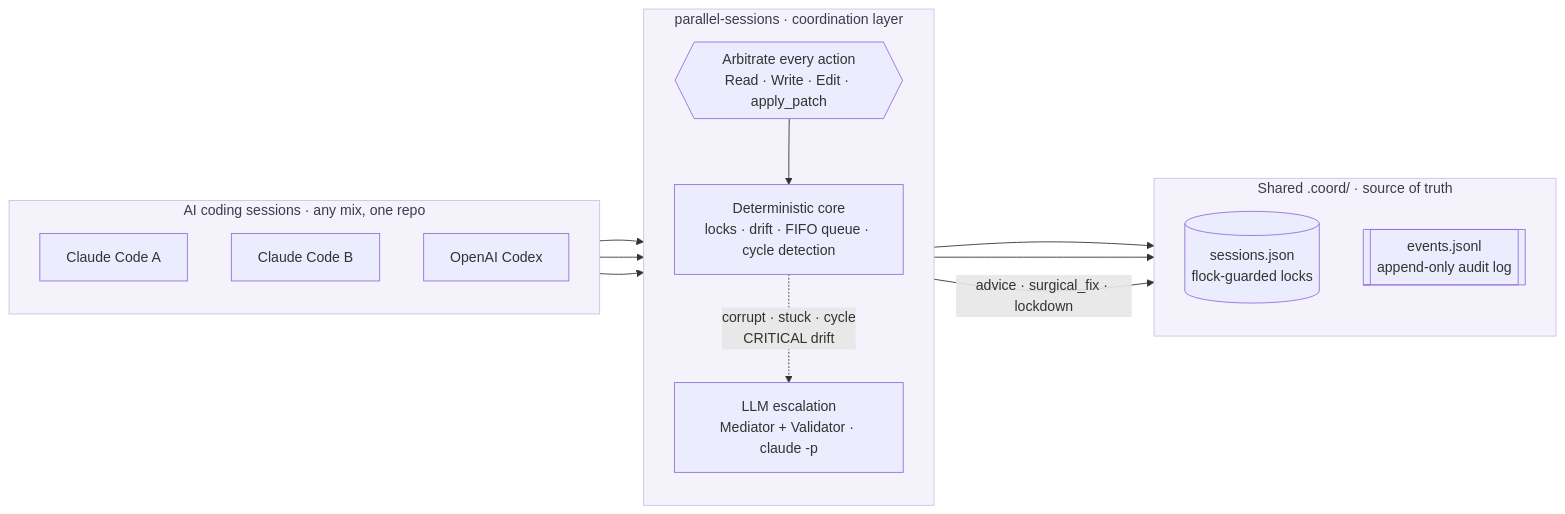
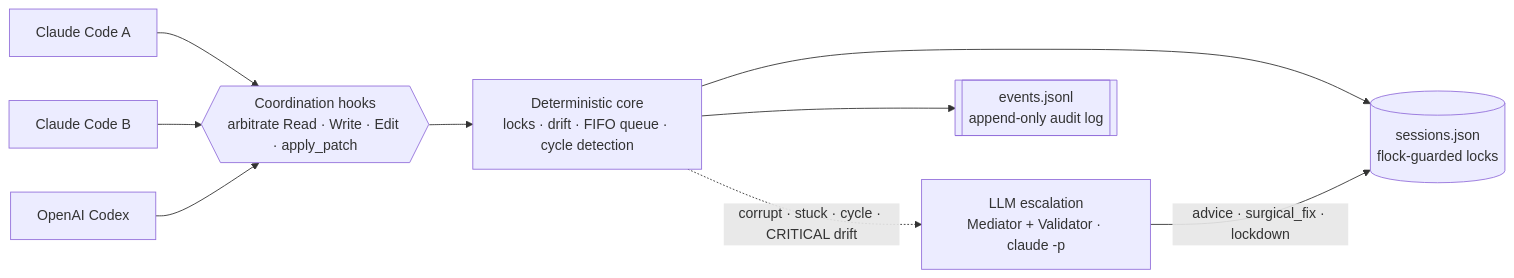
Before and after one commit to ModuleXAI/parallel-sessions: the first of 3 diagrams in README.md, drawn with Mermaid.

Commit message:
docs(readme): Figure 1 frameless to match Figures 2–3
Drop the subgraph container boxes entirely. Figures 2 (sequence) and 3
(state) are frameless and airy; Figure 1's three framed containers were
the real style mismatch. Now a plain lavender-node flowchart in the same
design language — agents -> coordination hooks -> deterministic core ->
shared state, with LLM escalation on the anomaly path.

````diff
--- a/README.md
+++ b/README.md
@@ -49,35 +49,22 @@
 ```mermaid
 flowchart LR
-  subgraph AGENTS["AI coding sessions · any mix, one repo"]
-    direction TB
-    C1["Claude Code A"]
-    C2["Claude Code B"]
-    X1["OpenAI Codex"]
-  end
+  C1["Claude Code A"]
+  C2["Claude Code B"]
+  X1["OpenAI Codex"]
 
-  subgraph COORD["parallel-sessions · coordination layer"]
-    direction TB
-    GATE{{"Arbitrate every action<br/>Read · Write · Edit · apply_patch"}}
-    DET["Deterministic core<br/>locks · drift · FIFO queue · cycle detection"]
-    ESC["LLM escalation<br/>Mediator + Validator · claude -p"]
-    GATE --> DET
-    DET -. "corrupt · stuck · cycle<br/>CRITICAL drift" .-> ESC
-  end
+  GATE{{"Coordination hooks<br/>arbitrate Read · Write · Edit · apply_patch"}}
+  DET["Deterministic core<br/>locks · drift · FIFO queue · cycle detection"]
+  ESC["LLM escalation<br/>Mediator + Validator · claude -p"]
 
-  subgraph STATE["Shared .coord/ · source of truth"]
-    direction TB
-    SESS[("sessions.json<br/>flock-guarded locks")]
-    LOG[["events.jsonl<br/>append-only audit log"]]
-  end
+  SESS[("sessions.json<br/>flock-guarded locks")]
+  LOG[["events.jsonl<br/>append-only audit log"]]
 
   C1 --> GATE
   C2 --> GATE
   X1 --> GATE
+  GATE --> DET
+  DET -. "corrupt · stuck · cycle · CRITICAL drift" .-> ESC
   DET --> SESS
   DET --> LOG
   ESC -- "advice · surgical_fix · lockdown" --> SESS
-
-  style AGENTS fill:#F4F2FB,stroke:#C9C4E8,color:#3B3B4F
-  style COORD fill:#F4F2FB,stroke:#C9C4E8,color:#3B3B4F
-  style STATE fill:#F4F2FB,stroke:#C9C4E8,color:#3B3B4F
 ```
````
